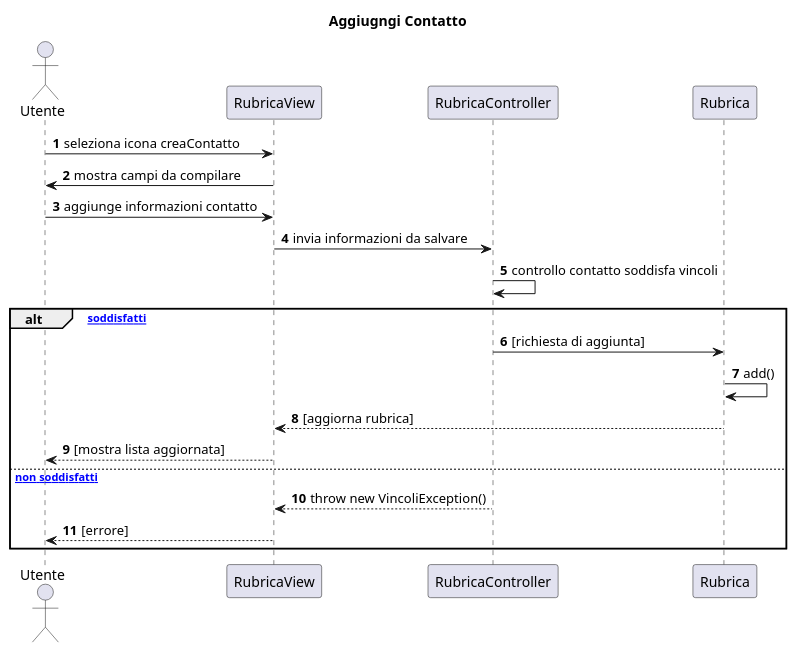
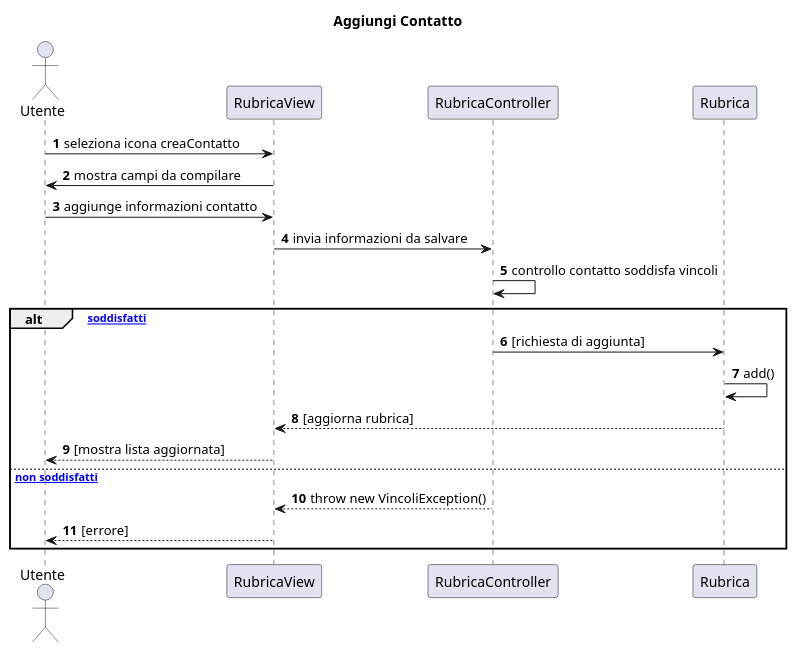
One commit to emanueletocci/uni-swe-project changed the diagram in docs/bozze/Diagrammi/Sequenza/ScenarioAggiungiContatto.puml. Above: the diagram before and after it, drawn with PlantUML. The commit also changed 6 other files, not shown here.

```diff
--- a/docs/bozze/Diagrammi/Sequenza/ScenarioAggiungiContatto.puml
+++ b/docs/bozze/Diagrammi/Sequenza/ScenarioAggiungiContatto.puml
@@ -1,23 +1,23 @@
 @startuml Aggiunta contatto
-title Aggiugngi Contatto
+title Aggiungi Contatto
 autonumber
 actor Utente
 participant RubricaView
 participant RubricaController
 participant Rubrica
 
 Utente -> RubricaView : seleziona icona creaContatto
 RubricaView->Utente: mostra campi da compilare
 Utente->RubricaView: aggiunge informazioni contatto
 RubricaView->RubricaController: invia informazioni da salvare
 RubricaController->RubricaController: controllo contatto soddisfa vincoli
 alt [vincoli soddisfatti]
 RubricaController->Rubrica: [richiesta di aggiunta]
 Rubrica->Rubrica: add()
 Rubrica-->RubricaView: [aggiorna rubrica]
 RubricaView-->Utente: [mostra lista aggiornata]
- else [vincoli non soddisfatti]
+else [vincoli non soddisfatti]
 RubricaController-->RubricaView: throw new VincoliException()
 RubricaView-->Utente: [errore]
 end
 @enduml
```
